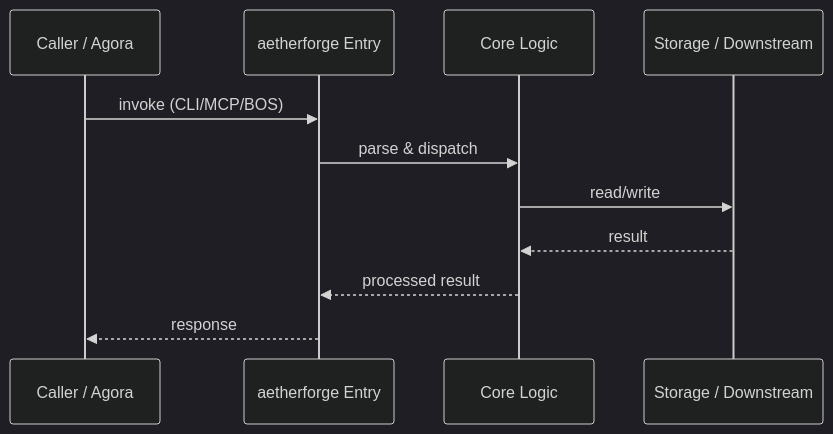
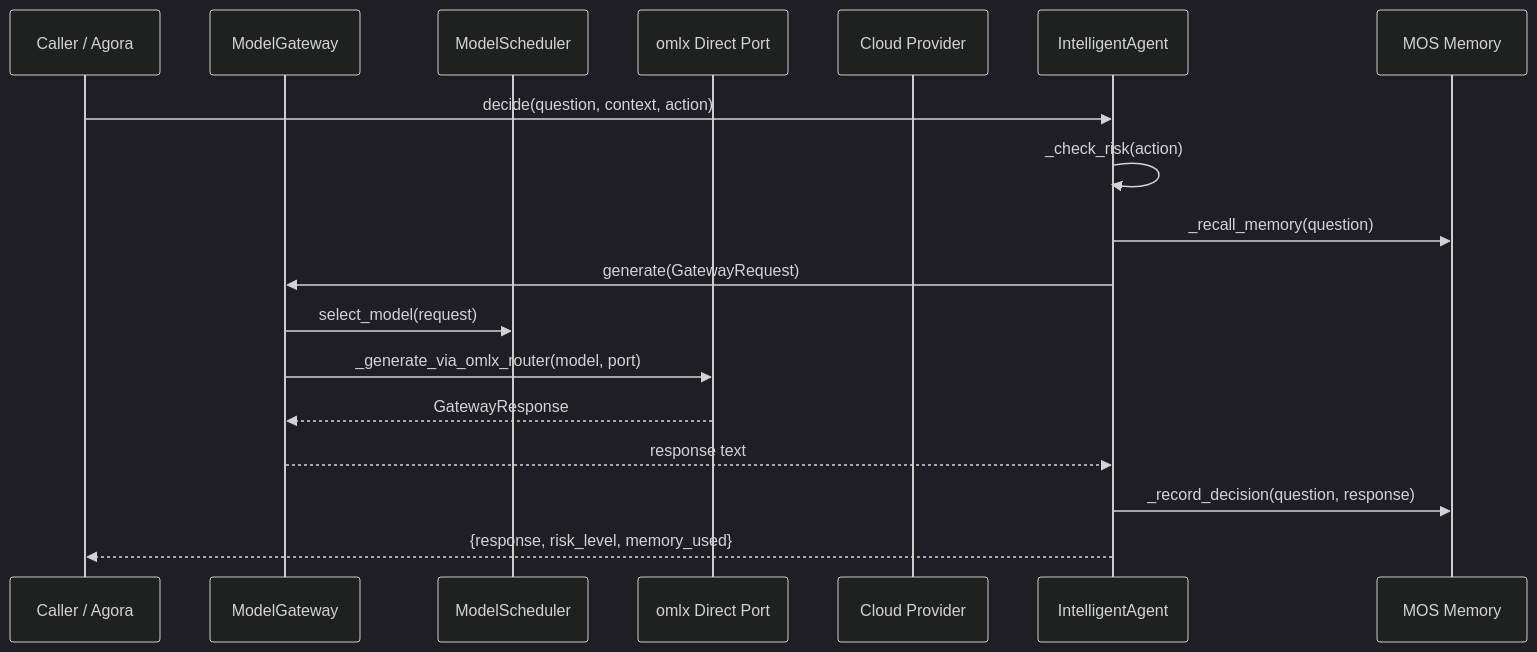
The diagram in CALLCHAIN.md (starlink-awaken/omostation-aetherforge), drawn with Mermaid (dark theme) before and after one commit. The commit also changed other lines of this file and 35 other files, not shown here.

````diff
--- a/CALLCHAIN.md
+++ b/CALLCHAIN.md
@@ -20,14 +58,21 @@
 ```mermaid
 sequenceDiagram
     participant Caller as Caller / Agora
-    participant Entry as aetherforge Entry
-    participant Core as Core Logic
-    participant Store as Storage / Downstream
+    participant GW as ModelGateway
+    participant Sched as ModelScheduler
+    participant OMLX as omlx Direct Port
+    participant Cloud as Cloud Provider
+    participant IA as IntelligentAgent
+    participant MOS as MOS Memory
 
-    Caller->>Entry: invoke (CLI/MCP/BOS)
-    Entry->>Core: parse & dispatch
-    Core->>Store: read/write
-    Store-->>Core: result
-    Core-->>Entry: processed result
-    Entry-->>Caller: response
+    Caller->>IA: decide(question, context, action)
+    IA->>IA: _check_risk(action)
+    IA->>MOS: _recall_memory(question)
+    IA->>GW: generate(GatewayRequest)
+    GW->>Sched: select_model(request)
+    GW->>OMLX: _generate_via_omlx_router(model, port)
+    OMLX-->>GW: GatewayResponse
+    GW-->>IA: response text
+    IA->>MOS: _record_decision(question, response)
+    IA-->>Caller: {response, risk_level, memory_used}
 ```
````
